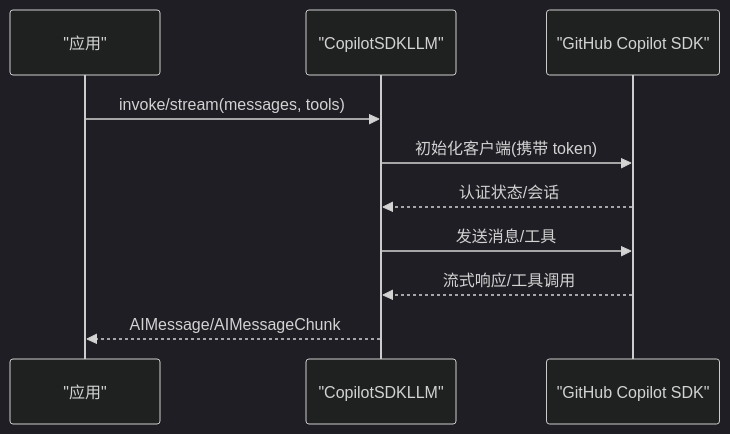
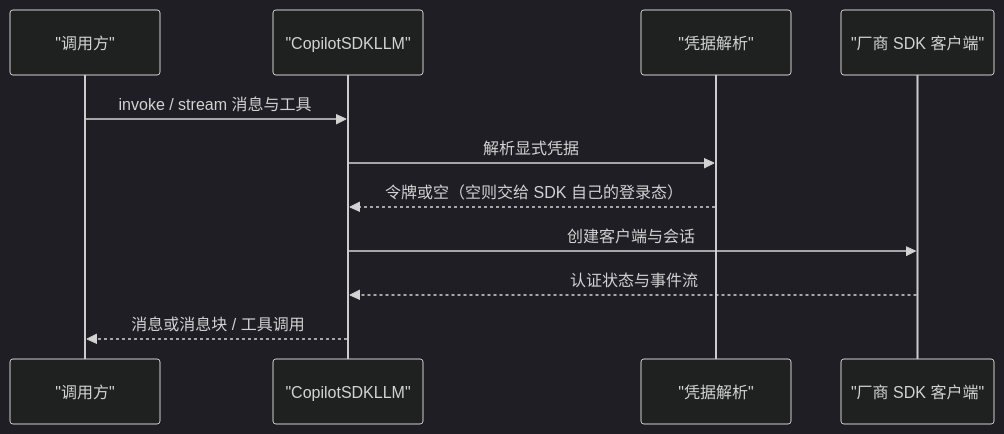
One commit to hjfire/vibe-trading-fw changed the fifth of 7 diagrams in repowiki/topics/安全与治理/认证与授权.md. Above: the diagram before and after it, drawn with Mermaid (dark theme). The commit also changed other lines of this file and 5 other files, not shown here.

````diff
--- a/repowiki/topics/安全与治理/认证与授权.md
+++ b/repowiki/topics/安全与治理/认证与授权.md
@@ -259,12 +323,13 @@
 ```mermaid
 sequenceDiagram
-participant App as "应用"
-participant Copilot as "CopilotSDKLLM"
-participant SDK as "GitHub Copilot SDK"
-App->>Copilot : invoke/stream(messages, tools)
-Copilot->>SDK : 初始化客户端(携带 token)
-SDK-->>Copilot : 认证状态/会话
-Copilot->>SDK : 发送消息/工具
-SDK-->>Copilot : 流式响应/工具调用
-Copilot-->>App : AIMessage/AIMessageChunk
+participant App as "调用方"
+participant LLM as "CopilotSDKLLM"
+participant Res as "凭据解析"
+participant SDK as "厂商 SDK 客户端"
+App->>LLM : invoke / stream 消息与工具
+LLM->>Res : 解析显式凭据
+Res-->>LLM : 令牌或空（空则交给 SDK 自己的登录态）
+LLM->>SDK : 创建客户端与会话
+SDK-->>LLM : 认证状态与事件流
+LLM-->>App : 消息或消息块 / 工具调用
 ```
````
